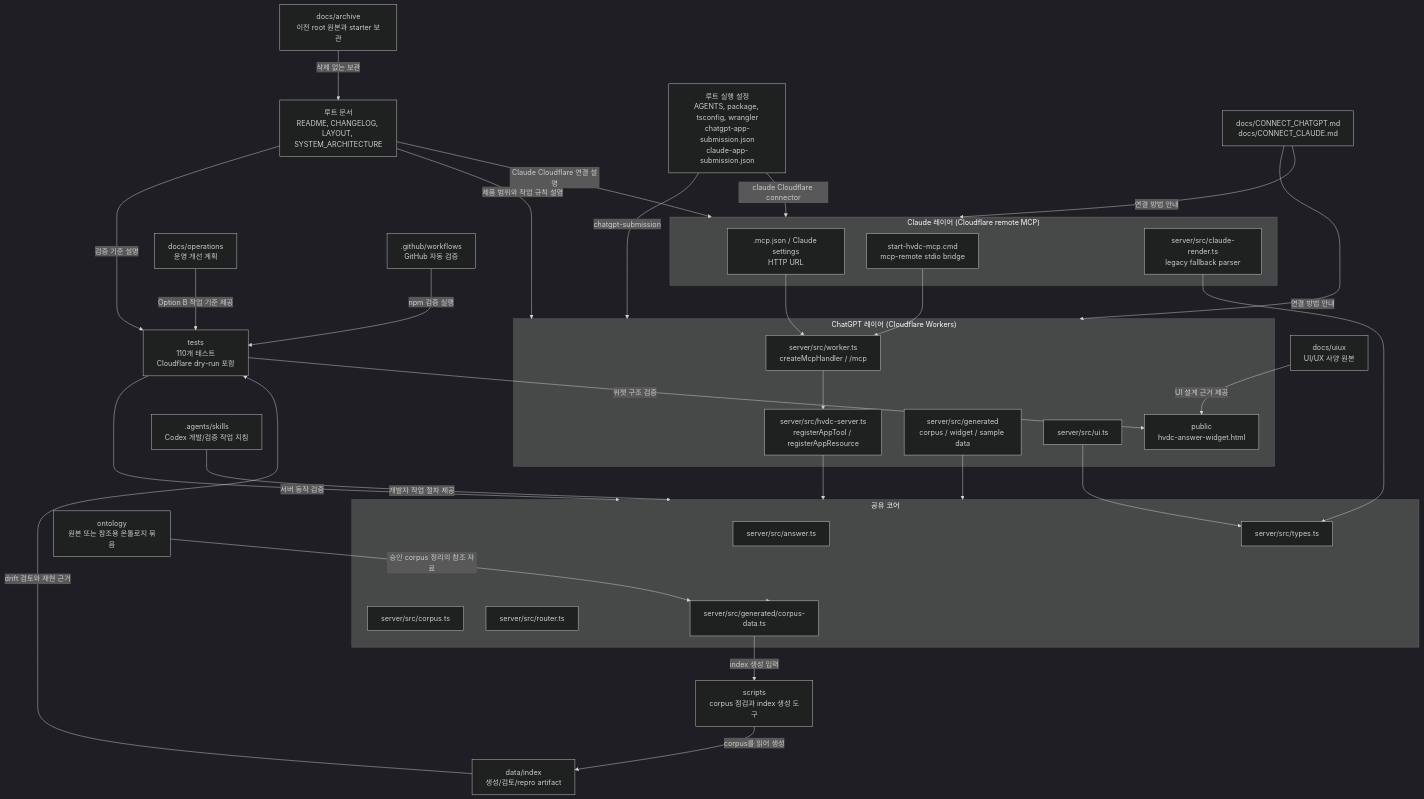
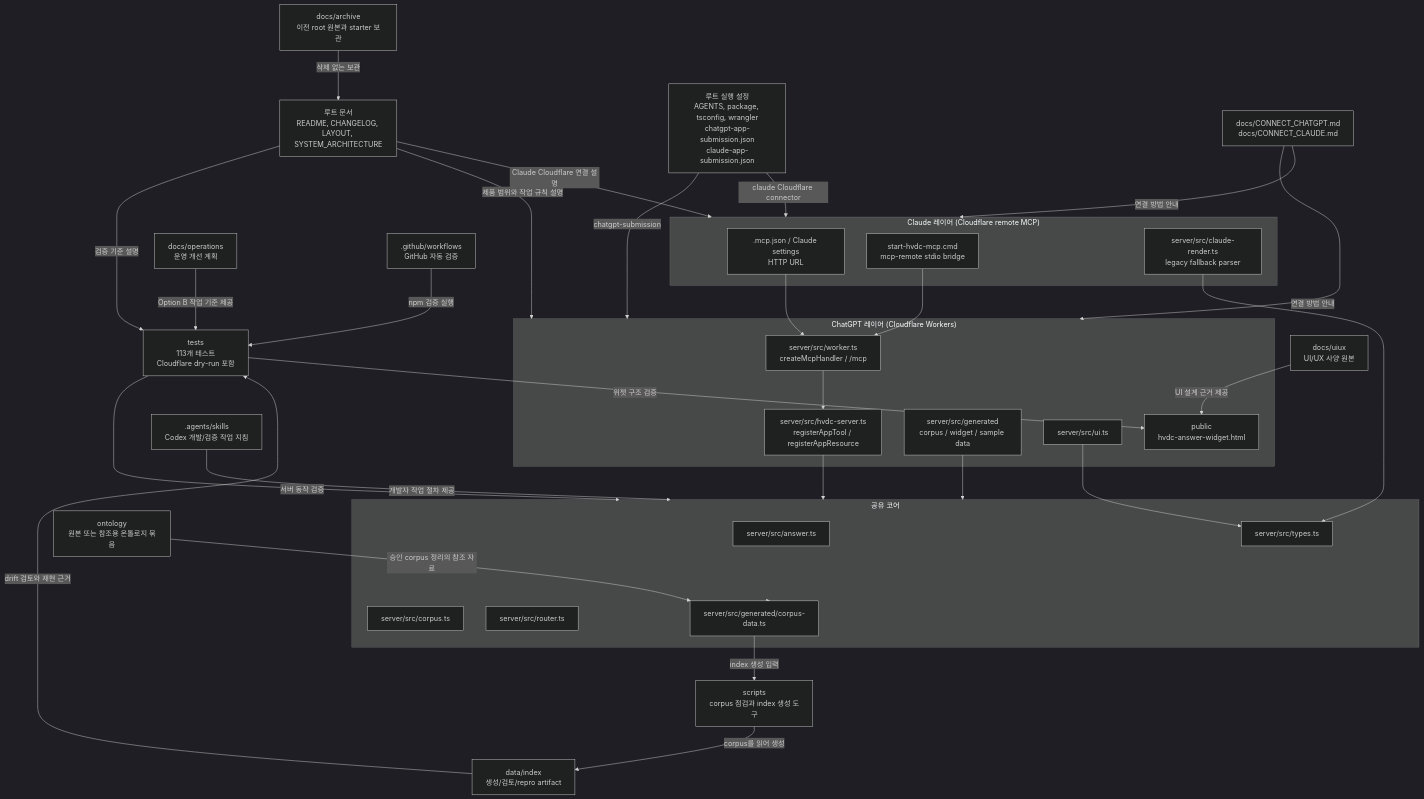
One commit to macho715/SCT_ONTOLOGY changed the diagram in LAYOUT.md. Above: the diagram before and after it, drawn with Mermaid (dark theme). The commit also changed other lines of this file and 23 other files, not shown here.

````diff
--- a/LAYOUT.md
+++ b/LAYOUT.md
@@ -11,66 +11,66 @@
 ```mermaid
 flowchart TD
   RootDocs["루트 문서<br/>README, CHANGELOG, LAYOUT, SYSTEM_ARCHITECTURE"]
   RootConfig["루트 실행 설정<br/>AGENTS, package, tsconfig, wrangler<br/>chatgpt-app-submission.json<br/>claude-app-submission.json"]
 
   subgraph ServerChatGPT["ChatGPT 레이어 (Cloudflare Workers)"]
     WorkerTs["server/src/worker.ts<br/>createMcpHandler / /mcp"]
     HvdcServerTs["server/src/hvdc-server.ts<br/>registerAppTool / registerAppResource"]
     GeneratedTs["server/src/generated<br/>corpus / widget / sample data"]
     UiTs["server/src/ui.ts"]
     Public["public<br/>hvdc-answer-widget.html"]
   end
 
   subgraph ServerClaude["Claude 레이어 (Cloudflare remote MCP)"]
     ClaudeConfig[".mcp.json / Claude settings<br/>HTTP URL"]
     ClaudeBridge["start-hvdc-mcp.cmd<br/>mcp-remote stdio bridge"]
     ClaudeRender["server/src/claude-render.ts<br/>legacy fallback parser"]
   end
 
   subgraph SharedCore["공유 코어"]
     Answer["server/src/answer.ts"]
     Corpus["server/src/corpus.ts"]
     Router["server/src/router.ts"]
     Types["server/src/types.ts"]
     CorpusFiles["server/src/generated/corpus-data.ts"]
   end
 
-  Tests["tests<br/>110개 테스트<br/>Cloudflare dry-run 포함"]
+  Tests["tests<br/>113개 테스트<br/>Cloudflare dry-run 포함"]
   Scripts["scripts<br/>corpus 점검과 index 생성 도구"]
   Index["data/index<br/>생성/검토/repro artifact"]
   Ontology["ontology<br/>원본 또는 참조용 온톨로지 묶음"]
   DocsOps["docs/operations<br/>운영 개선 계획"]
   DocsConnect["docs/CONNECT_CHATGPT.md<br/>docs/CONNECT_CLAUDE.md"]
   DocsUiux["docs/uiux<br/>UI/UX 사양 원본"]
   DocsArchive["docs/archive<br/>이전 root 원본과 starter 보관"]
   Skills[".agents/skills<br/>Codex 개발/검증 작업 지침"]
   Workflows[".github/workflows<br/>GitHub 자동 검증"]
 
   RootDocs -->|"제품 범위와 작업 규칙 설명"| ServerChatGPT
   RootDocs -->|"Claude Cloudflare 연결 설명"| ServerClaude
   RootDocs -->|"검증 기준 설명"| Tests
   RootConfig -->|"chatgpt-submission"| ServerChatGPT
   RootConfig -->|"claude Cloudflare connector"| ServerClaude
   DocsConnect -->|"연결 방법 안내"| ServerChatGPT
   DocsConnect -->|"연결 방법 안내"| ServerClaude
 
   WorkerTs --> HvdcServerTs
   HvdcServerTs --> SharedCore
   GeneratedTs --> SharedCore
   ClaudeConfig --> WorkerTs
   ClaudeBridge --> WorkerTs
   ClaudeRender --> Types
   UiTs --> Types
   SharedCore --> CorpusFiles
   Ontology -->|"승인 corpus 정리의 참조 자료"| CorpusFiles
   Scripts -->|"corpus를 읽어 생성"| Index
   CorpusFiles -->|"index 생성 입력"| Scripts
   Index -->|"drift 검토와 재현 근거"| Tests
   Tests -->|"서버 동작 검증"| SharedCore
   Tests -->|"위젯 구조 검증"| Public
   Skills -->|"개발자 작업 절차 제공"| SharedCore
   Workflows -->|"npm 검증 실행"| Tests
   DocsOps -->|"Option B 작업 기준 제공"| Tests
   DocsUiux -->|"UI 설계 근거 제공"| Public
   DocsArchive -->|"삭제 없는 보관"| RootDocs
 ```
````
